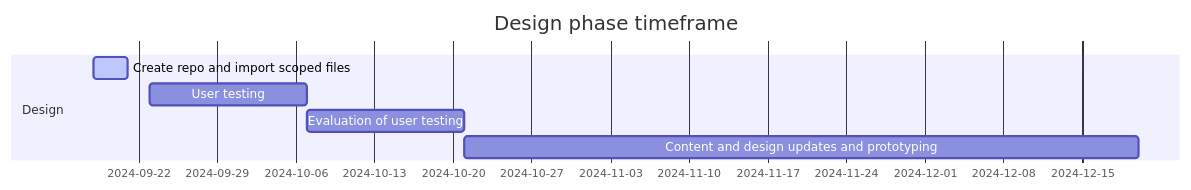
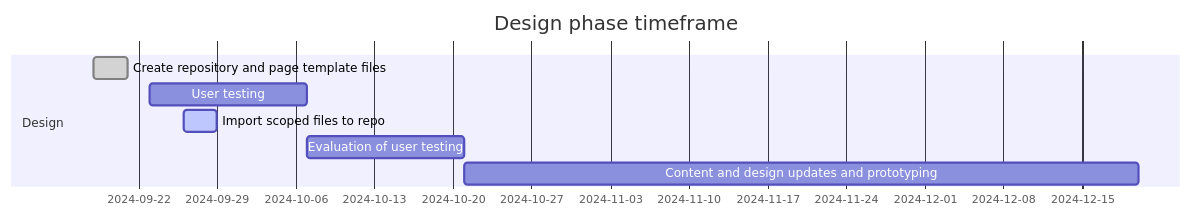
One commit to cra-proto/gst-hst-business changed the first of 2 diagrams in README.md. Above: the diagram before and after it, drawn with Mermaid. The commit also changed other lines of this file, not shown here.

````diff
--- a/README.md
+++ b/README.md
@@ -50,10 +51,11 @@
 ```mermaid
 gantt
     title Design phase timeframe
     dateFormat  YYYY-MM-DD
     section Design
-    Create repo and import scoped files :active, a1, 2024-09-18, 3d
-    User testing :a2, 2024-09-23, 14d
-    Evaluation of user testing :a3, after a2, 14d
-    Content and design updates and prototyping :after a3, 60d
+    Create repository and page template files :done, a1, 2024-09-18, 3d
+    User testing :b1, 2024-09-23, 14d
+    Import scoped files to repo :active, a2, 2024-09-26, 3d
+    Evaluation of user testing :b2, after b1, 14d
+    Content and design updates and prototyping :after b2, 60d
 ```
````
